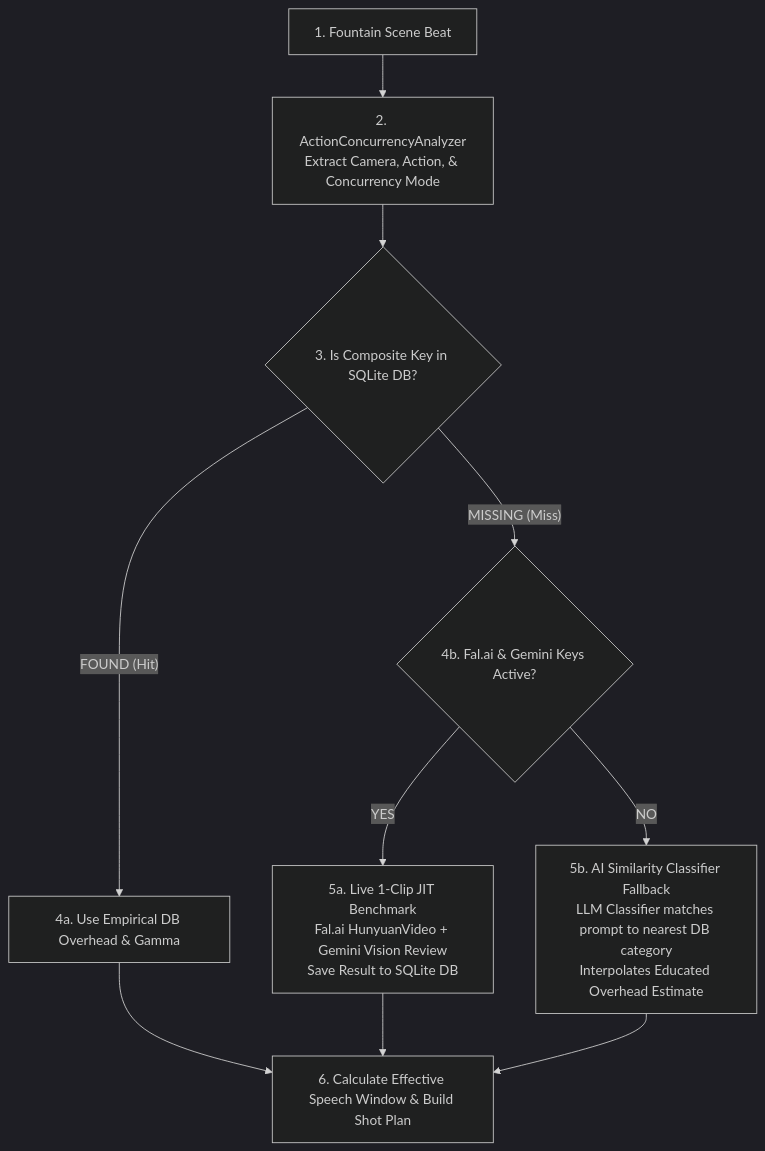
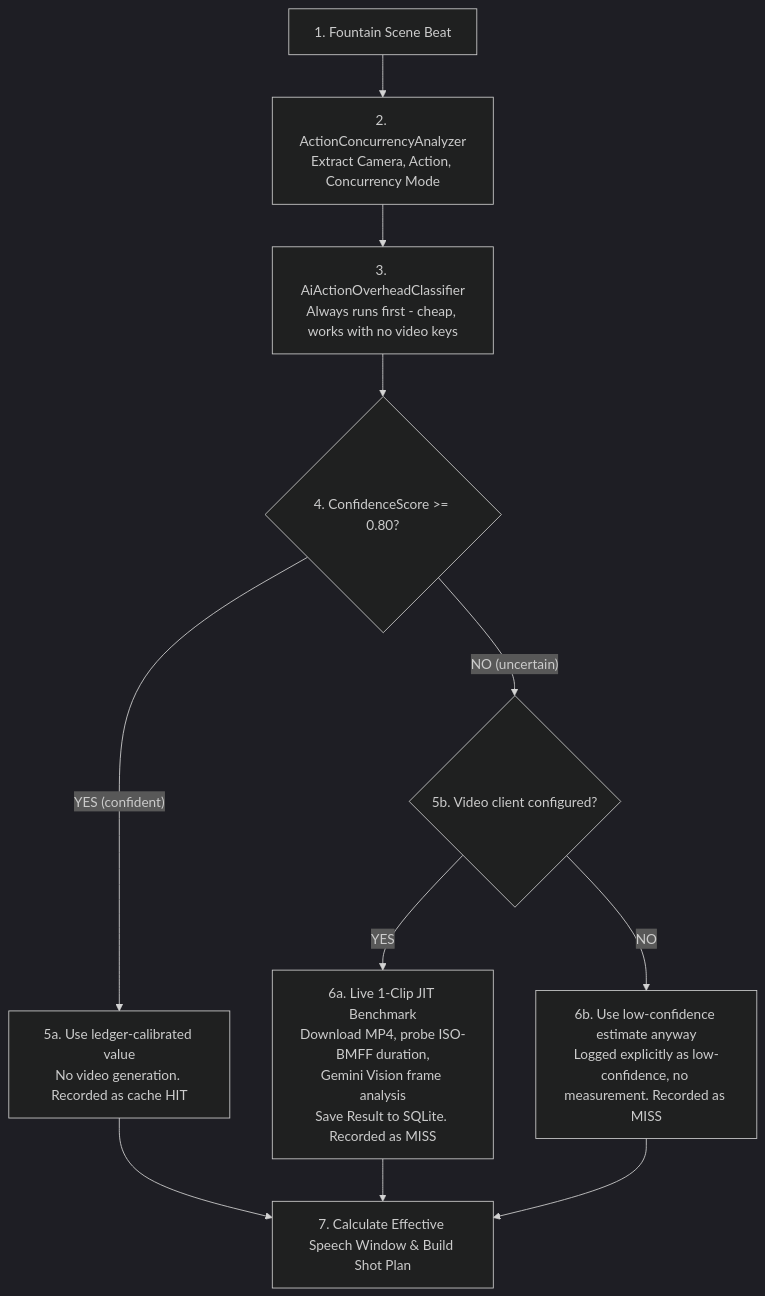
Before and after one commit to budcribar/FilmStudio: the diagram in host/docs/action-timing-plan.md, drawn with Mermaid (dark theme). The commit also changed other lines of this file, not shown here.

First line of the commit message:
docs(timing): update action-timing plan with integration phases and constraints

````diff
--- a/host/docs/action-timing-plan.md
+++ b/host/docs/action-timing-plan.md
@@ -46,17 +69,18 @@
 ```mermaid
 flowchart TD
-    Beat[1. Fountain Scene Beat] --> Parse[2. ActionConcurrencyAnalyzer\nExtract Camera, Action, & Concurrency Mode]
-    Parse --> Lookup{3. Is Composite Key in SQLite DB?}
-    
-    Lookup -- "FOUND (Hit)" --> Calib[4a. Use Empirical DB Overhead & Gamma]
-    
-    Lookup -- "MISSING (Miss)" --> KeyCheck{4b. Fal.ai & Gemini Keys Active?}
-    
-    KeyCheck -- "YES" --> JIT[5a. Live 1-Clip JIT Benchmark\nFal.ai HunyuanVideo + Gemini Vision Review\nSave Result to SQLite DB]
-    
-    KeyCheck -- "NO" --> AIClassify[5b. AI Similarity Classifier Fallback\nLLM Classifier matches prompt to nearest DB category\nInterpolates Educated Overhead Estimate]
-    
-    Calib --> EffectiveWindow[6. Calculate Effective Speech Window & Build Shot Plan]
+    Beat[1. Fountain Scene Beat] --> Parse[2. ActionConcurrencyAnalyzer\nExtract Camera, Action, Concurrency Mode]
+    Parse --> Classify[3. AiActionOverheadClassifier\nAlways runs first - cheap, works with no video keys]
+    Classify --> Conf{4. ConfidenceScore >= 0.80?}
+
+    Conf -- "YES (confident)" --> UseIndex[5a. Use ledger-calibrated value\nNo video generation. Recorded as cache HIT]
+
+    Conf -- "NO (uncertain)" --> KeyCheck{5b. Video client configured?}
+
+    KeyCheck -- "YES" --> JIT[6a. Live 1-Clip JIT Benchmark\nDownload MP4, probe ISO-BMFF duration,\nGemini Vision frame analysis\nSave Result to SQLite. Recorded as MISS]
+
+    KeyCheck -- "NO" --> LowConf[6b. Use low-confidence estimate anyway\nLogged explicitly as low-confidence, no measurement. Recorded as MISS]
+
+    UseIndex --> EffectiveWindow[7. Calculate Effective Speech Window & Build Shot Plan]
     JIT --> EffectiveWindow
-    AIClassify --> EffectiveWindow
+    LowConf --> EffectiveWindow
 ```
````
